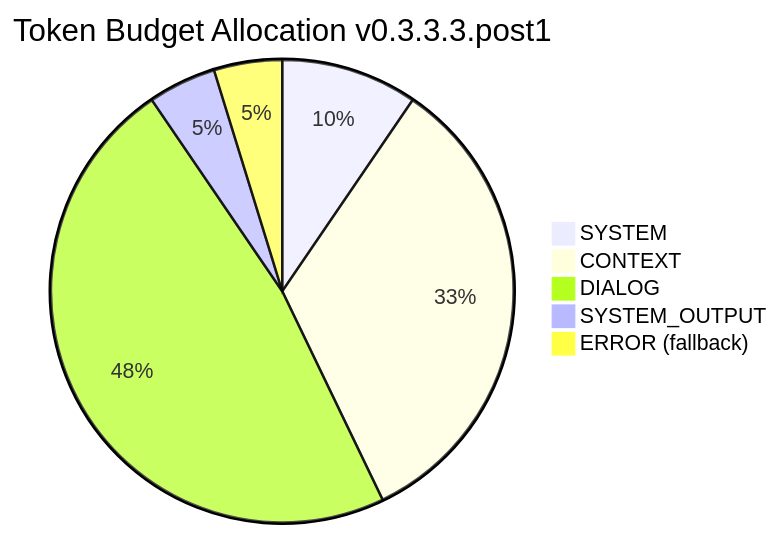
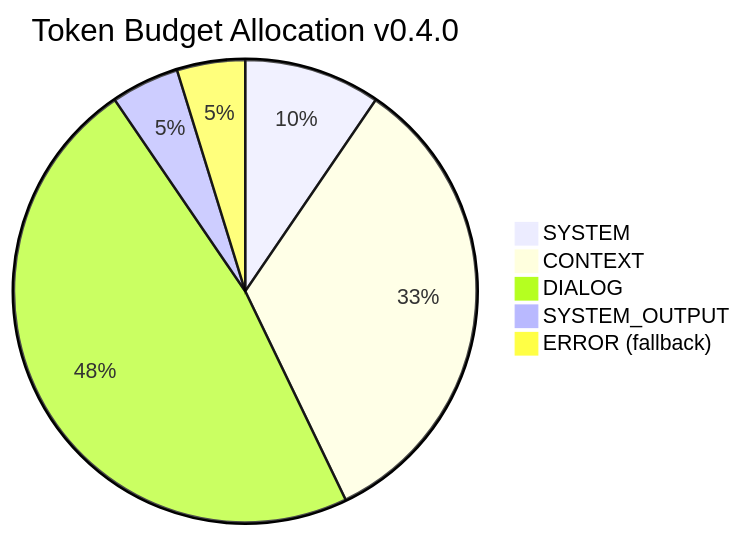
Before and after one commit to Maximooch/penguin: the first of 3 diagrams in docs/docs/system/context-window.md, drawn with Mermaid. The commit also changed other lines of this file and 14 other files, not shown here.

````diff
--- a/docs/docs/system/context-window.md
+++ b/docs/docs/system/context-window.md
@@ -35,8 +35,8 @@
 ```mermaid
-pie title Token Budget Allocation v0.3.3.3.post1
+pie title Token Budget Allocation v0.4.0
     "SYSTEM" : 10
     "CONTEXT" : 35
     "DIALOG" : 50
     "SYSTEM_OUTPUT" : 5
     "ERROR (fallback)" : 5
 ```
````
